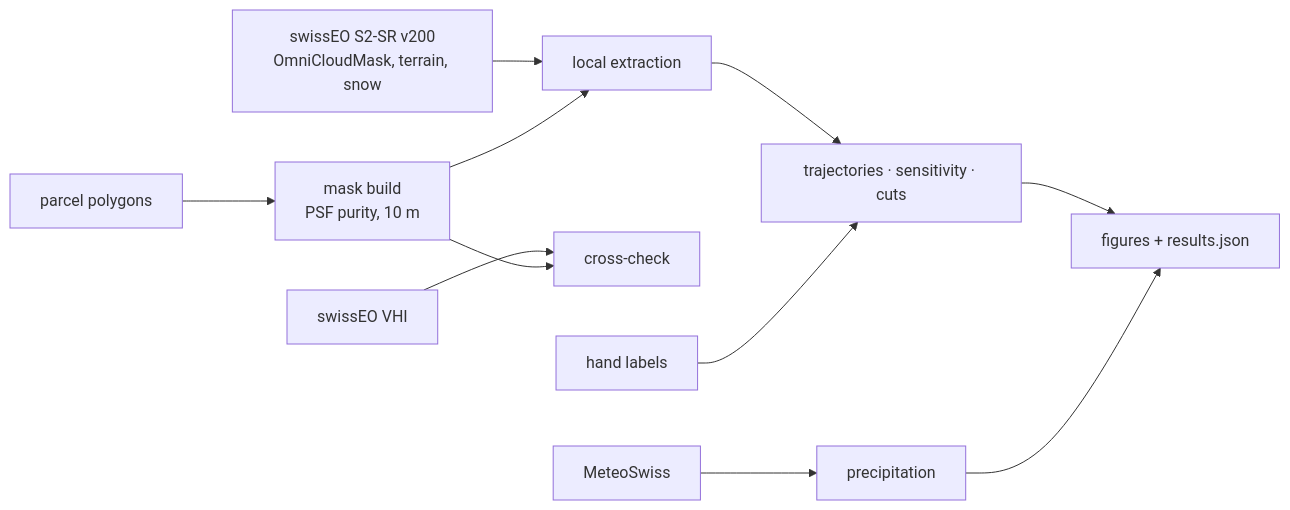
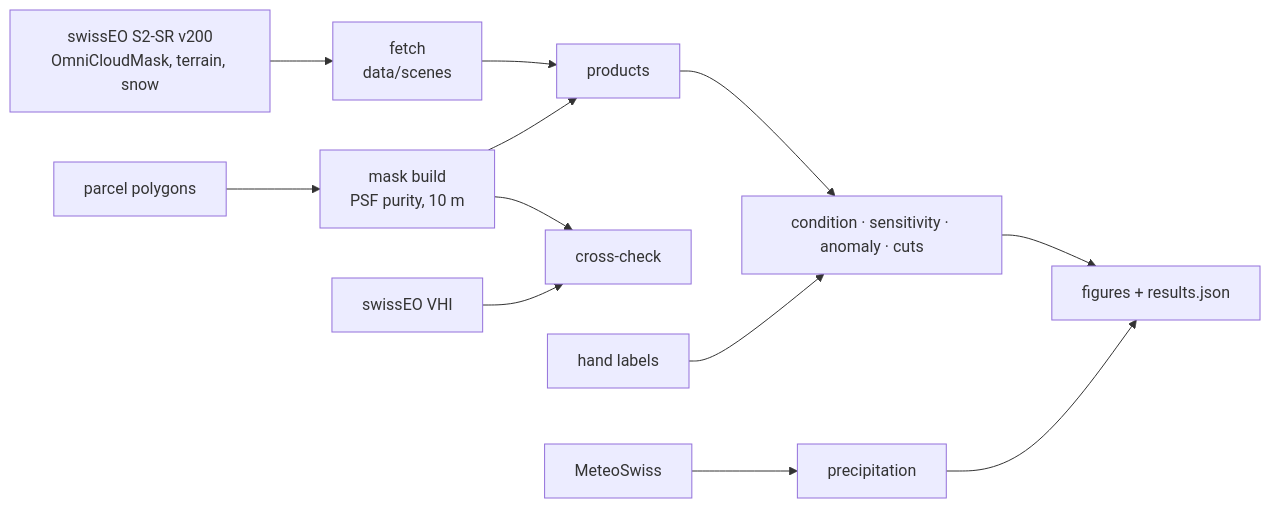
One commit to floew2/drought-from-space-switzerland changed the diagram in README.md. Above: the diagram before and after it, drawn with Mermaid. The commit also changed other lines of this file and 113 other files, not shown here.

````diff
--- a/README.md
+++ b/README.md
@@ -143,12 +144,13 @@
 ```mermaid
 flowchart LR
   P["parcel polygons"] --> M["mask build<br/>PSF purity, 10 m"]
-  S2["swissEO S2-SR v200<br/>OmniCloudMask, terrain, snow"] --> E["local extraction"]
+  S2["swissEO S2-SR v200<br/>OmniCloudMask, terrain, snow"] --> F["fetch<br/>data/scenes"]
+  F --> E["products"]
   M --> E
-  E --> A["trajectories · sensitivity · cuts"]
+  E --> A["condition · sensitivity · anomaly · cuts"]
   V["swissEO VHI"] --> X["cross-check"]
   M --> X
   L["hand labels"] --> A
   W["MeteoSwiss"] --> R["precipitation"]
   A & R --> O["figures + results.json"]
 ```
````
